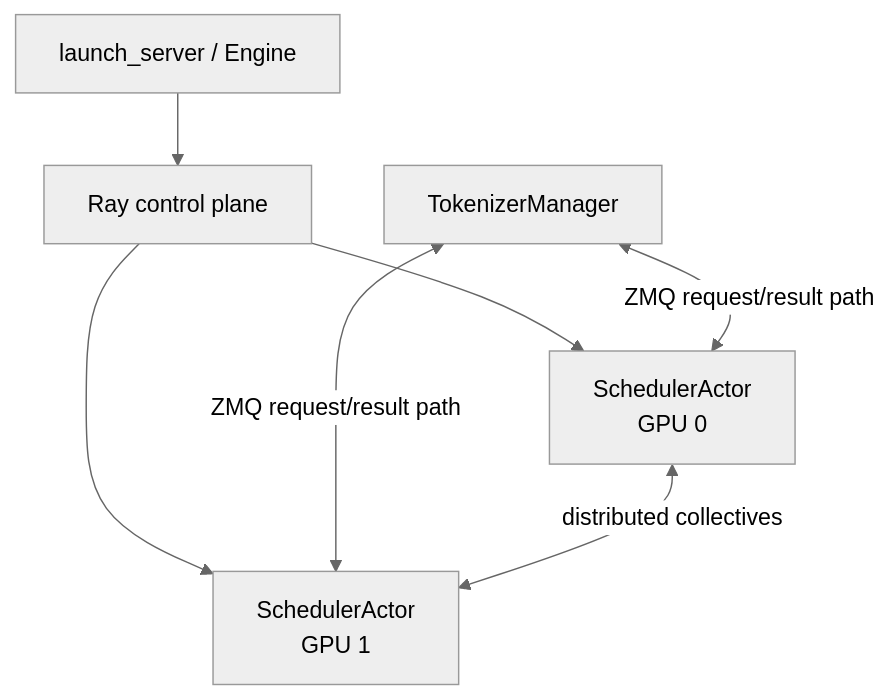
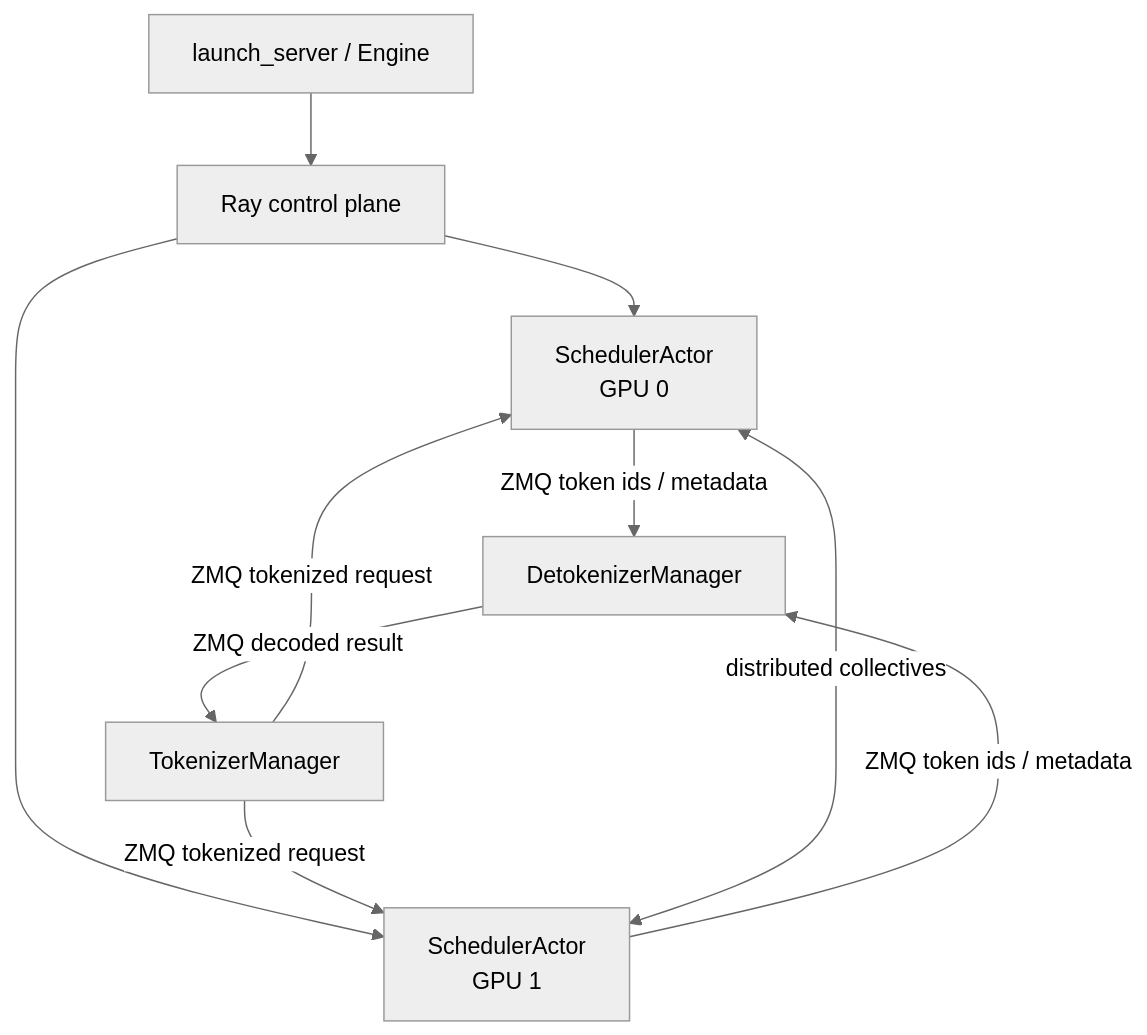
One commit to Cass998/losh_has_blog changed the third of 4 diagrams in learning-sites/llm-systems/sglang/advanced/distributed.md. Above: the diagram before and after it, drawn with Mermaid (neutral theme). The commit also changed other lines of this file and 106 other files, not shown here.

````diff
--- a/learning-sites/llm-systems/sglang/advanced/distributed.md
+++ b/learning-sites/llm-systems/sglang/advanced/distributed.md
@@ -108,9 +108,12 @@
 ```mermaid
 flowchart TD
     L[launch_server / Engine] --> R[Ray control plane]
     R --> A0[SchedulerActor<br/>GPU 0]
     R --> A1[SchedulerActor<br/>GPU 1]
-    T[TokenizerManager] <-->|ZMQ request/result path| A0
-    T <-->|ZMQ request/result path| A1
+    T[TokenizerManager] -->|ZMQ tokenized request| A0
+    T -->|ZMQ tokenized request| A1
+    A0 -->|ZMQ token ids / metadata| D[DetokenizerManager]
+    A1 -->|ZMQ token ids / metadata| D
+    D -->|ZMQ decoded result| T
     A0 <-->|distributed collectives| A1
 ```
````
